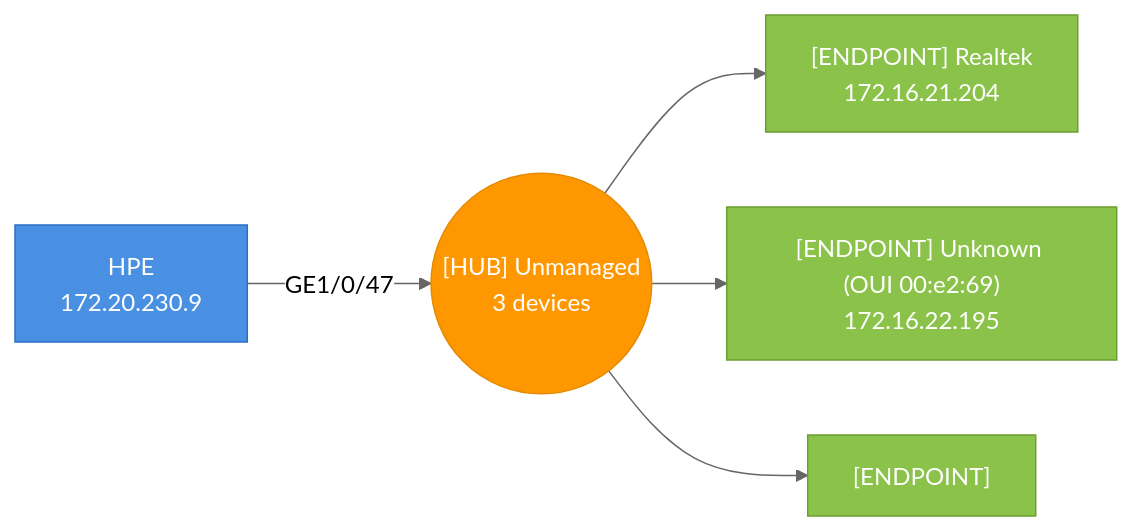
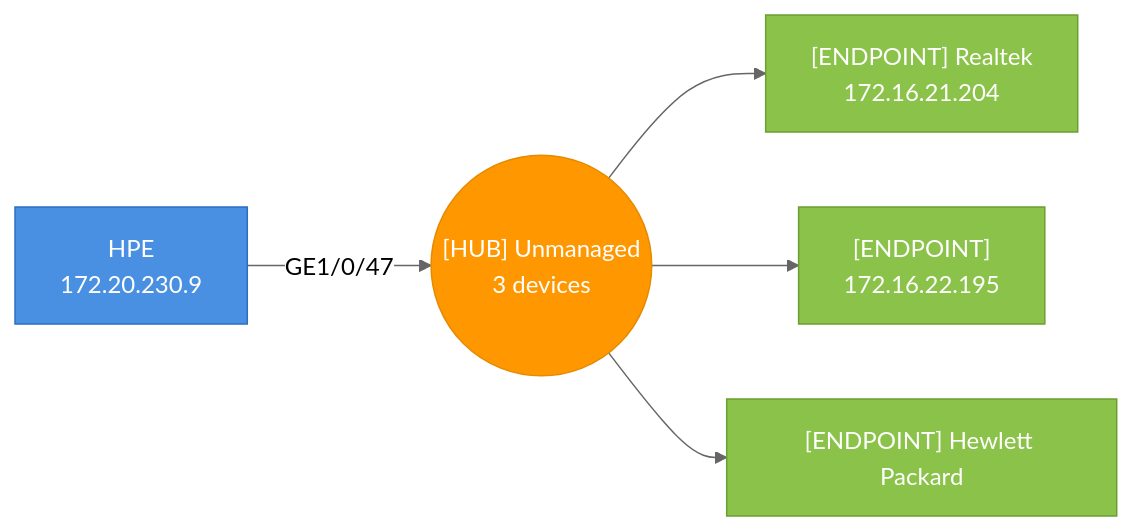
Diagram 16 of 51 in testdata/golden/audit_esxi_sections.md (djamic/LLDP-Skanner-Go), drawn with Mermaid (neutral theme) before and after one commit. The commit also changed other lines of this file and 16 other files, not shown here.

````diff
--- a/testdata/golden/audit_esxi_sections.md
+++ b/testdata/golden/audit_esxi_sections.md
@@ -401,17 +411,17 @@
 ```mermaid
 graph LR
   hub_4caea3a219ac_p47(("[HUB] Unmanaged<br>3 devices"))
   4caea3a219ac["HPE<br>172.20.230.9"]
   4caea3a219ac-- "GE1/0/47" -->hub_4caea3a219ac_p47
   style 4caea3a219ac fill:#4A90E2,stroke:#2A6FC2,color:#fff
   00e04cf0dfc3["[ENDPOINT] Realtek<br>172.16.21.204"]
   hub_4caea3a219ac_p47-->00e04cf0dfc3
   style 00e04cf0dfc3 fill:#8BC34A,stroke:#6B9F30,color:#fff
-  00e269537b36["[ENDPOINT] Unknown (OUI 00:e2:69)<br>172.16.22.195"]
+  00e269537b36["[ENDPOINT]<br>172.16.22.195"]
   hub_4caea3a219ac_p47-->00e269537b36
   style 00e269537b36 fill:#8BC34A,stroke:#6B9F30,color:#fff
-  443192b4d11b["[ENDPOINT]"]
+  443192b4d11b["[ENDPOINT] Hewlett Packard"]
   hub_4caea3a219ac_p47-->443192b4d11b
   style 443192b4d11b fill:#8BC34A,stroke:#6B9F30,color:#fff
   style hub_4caea3a219ac_p47 fill:#FF9800,stroke:#E68A00,color:#fff
 ```
````
